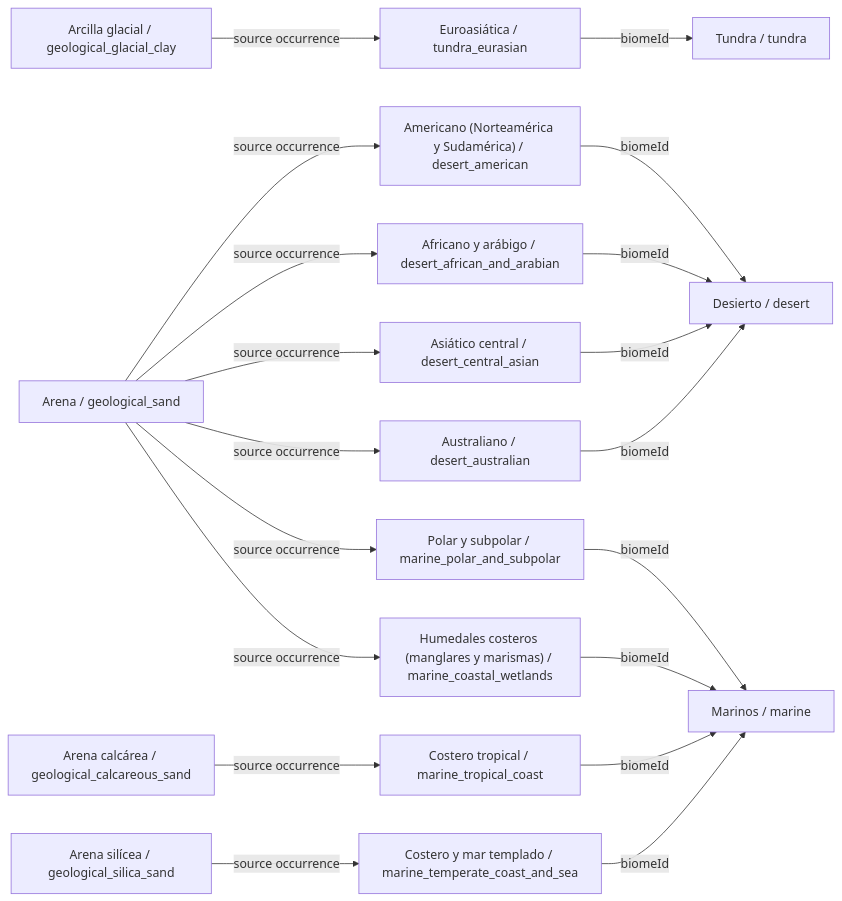
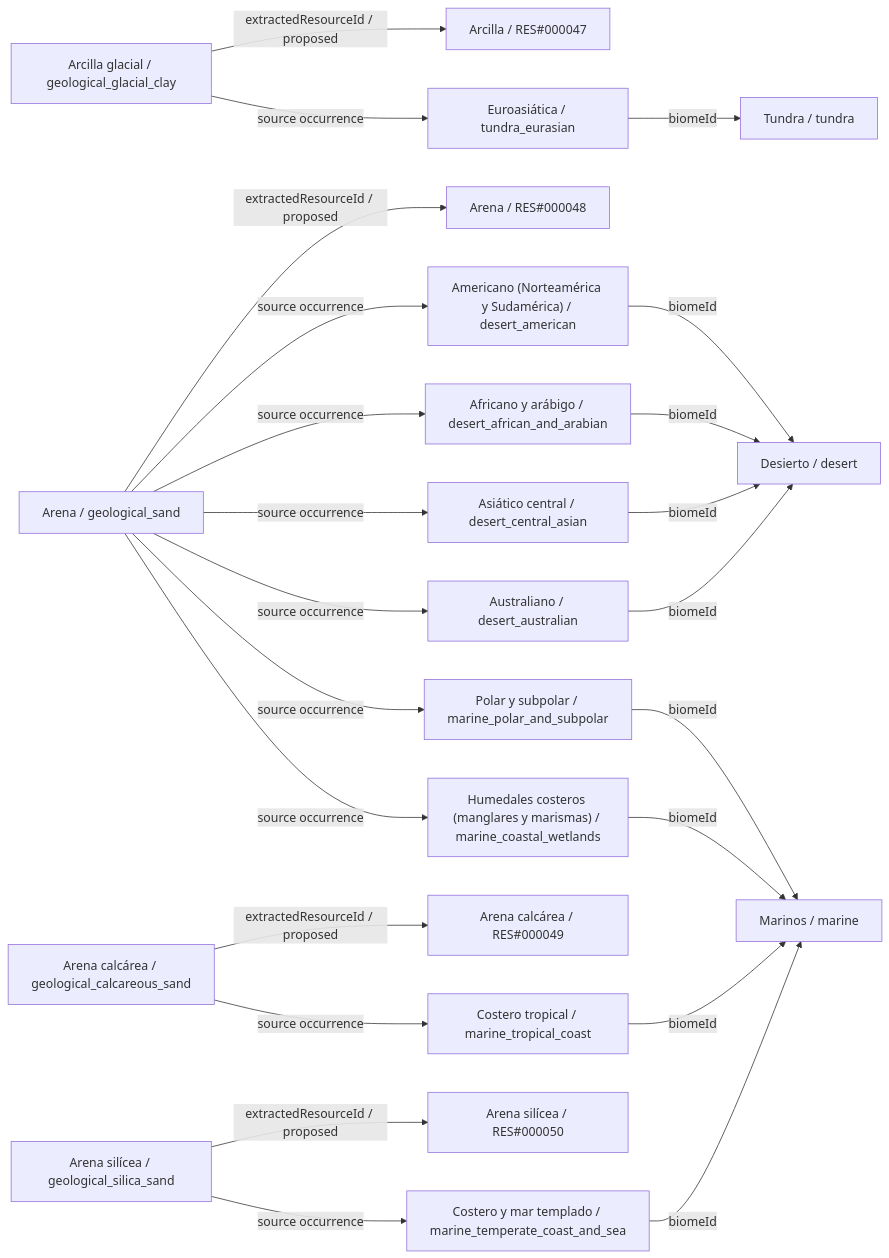
One commit to fgabo404/EvolveDoc changed the second of 15 diagrams in data/minerals/DIAGRAMS.es.md. Above: the diagram before and after it, drawn with Mermaid. The commit also changed other lines of this file and 50 other files, not shown here.

````diff
--- a/data/minerals/DIAGRAMS.es.md
+++ b/data/minerals/DIAGRAMS.es.md
@@ -137,37 +145,45 @@
 ```mermaid
 flowchart LR
     c0["Arcilla glacial / geological_glacial_clay"]
     v9["Euroasiática / tundra_eurasian"]
     b2["Tundra / tundra"]
+    r0["Arcilla / RES#000047"]
     c1["Arena / geological_sand"]
     v15["Americano (Norteamérica y Sudamérica) / desert_american"]
     b4["Desierto / desert"]
     v16["Africano y arábigo / desert_african_and_arabian"]
     v17["Asiático central / desert_central_asian"]
     v18["Australiano / desert_australian"]
     v21["Polar y subpolar / marine_polar_and_subpolar"]
     b5["Marinos / marine"]
     v22["Humedales costeros (manglares y marismas) / marine_coastal_wetlands"]
+    r1["Arena / RES#000048"]
     c2["Arena calcárea / geological_calcareous_sand"]
     v19["Costero tropical / marine_tropical_coast"]
+    r2["Arena calcárea / RES#000049"]
     c3["Arena silícea / geological_silica_sand"]
     v20["Costero y mar templado / marine_temperate_coast_and_sea"]
+    r3["Arena silícea / RES#000050"]
+    c0 -->|extractedResourceId / proposed| r0
     c0 -->|source occurrence| v9
+    c1 -->|extractedResourceId / proposed| r1
     c1 -->|source occurrence| v15
     c1 -->|source occurrence| v16
     c1 -->|source occurrence| v17
     c1 -->|source occurrence| v18
     c1 -->|source occurrence| v21
     c1 -->|source occurrence| v22
+    c2 -->|extractedResourceId / proposed| r2
     c2 -->|source occurrence| v19
+    c3 -->|extractedResourceId / proposed| r3
     c3 -->|source occurrence| v20
     v15 -->|biomeId| b4
     v16 -->|biomeId| b4
     v17 -->|biomeId| b4
     v18 -->|biomeId| b4
     v19 -->|biomeId| b5
     v20 -->|biomeId| b5
     v21 -->|biomeId| b5
     v22 -->|biomeId| b5
     v9 -->|biomeId| b2
 ```
````
